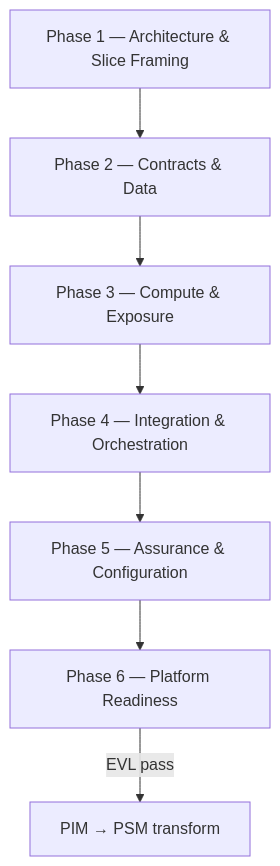
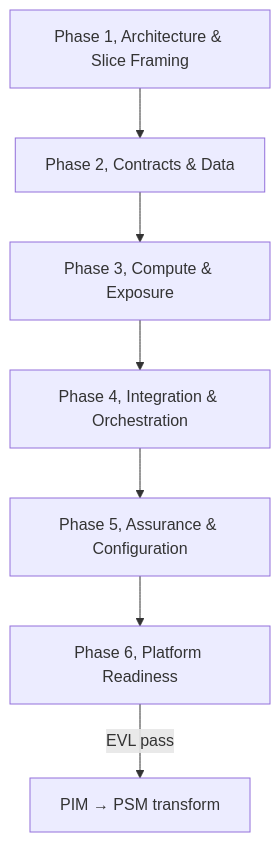
Before and after one commit to mehdieidi/modriss: the diagram in docs/public-docs/docs/guides/pim-modeling-methodology.md, drawn with Mermaid. The commit also changed other lines of this file and 123 other files, not shown here.

````diff
--- a/docs/public-docs/docs/guides/pim-modeling-methodology.md
+++ b/docs/public-docs/docs/guides/pim-modeling-methodology.md
@@ -32,12 +32,12 @@
 ```mermaid
 flowchart TD
-  PH1["Phase 1 — Architecture & Slice Framing"]
-  PH2["Phase 2 — Contracts & Data"]
-  PH3["Phase 3 — Compute & Exposure"]
-  PH4["Phase 4 — Integration & Orchestration"]
-  PH5["Phase 5 — Assurance & Configuration"]
-  PH6["Phase 6 — Platform Readiness"]
+  PH1["Phase 1, Architecture & Slice Framing"]
+  PH2["Phase 2, Contracts & Data"]
+  PH3["Phase 3, Compute & Exposure"]
+  PH4["Phase 4, Integration & Orchestration"]
+  PH5["Phase 5, Assurance & Configuration"]
+  PH6["Phase 6, Platform Readiness"]
 
   PH1 --> PH2 --> PH3 --> PH4 --> PH5 --> PH6
   PH6 -->|EVL pass| GATE["PIM → PSM transform"]
 ```
````
